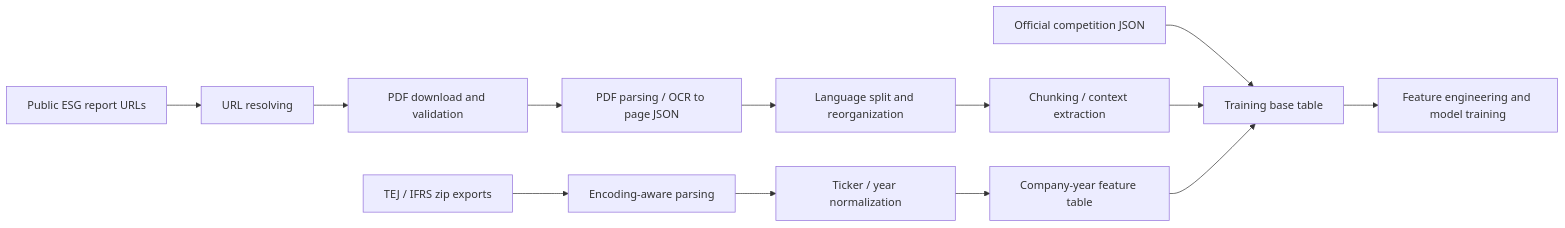
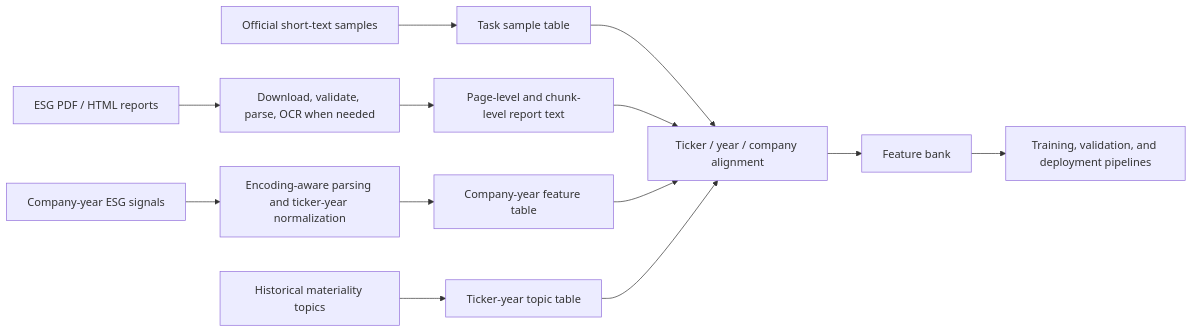
The second of 8 diagrams in README.md (Hank0503oUo/veripromise-esg-competition-architecture), drawn with Mermaid before and after one commit. The commit also changed other lines of this file, not shown here.

Commit message:
Update public architecture overview

````diff
--- a/README.md
+++ b/README.md
@@ -100,17 +142,17 @@
 ```mermaid
 flowchart LR
-    A["Official competition JSON"] --> H["Training base table"]
-    B["Public ESG report URLs"] --> C["URL resolving"]
-    C --> D["PDF download and validation"]
-    D --> E["PDF parsing / OCR to page JSON"]
-    E --> F["Language split and reorganization"]
-    F --> G["Chunking / context extraction"]
-    G --> H
+    official["Official short-text samples"] --> base["Task sample table"]
+    reports["ESG PDF / HTML reports"] --> parse["Download, validate, parse, OCR when needed"]
+    parse --> chunks["Page-level and chunk-level report text"]
+    company["Company-year ESG signals"] --> normalize["Encoding-aware parsing and ticker-year normalization"]
+    normalize --> companyTable["Company-year feature table"]
+    materiality["Historical materiality topics"] --> topicTable["Ticker-year topic table"]
 
-    I["TEJ / IFRS zip exports"] --> J["Encoding-aware parsing"]
-    J --> K["Ticker / year normalization"]
-    K --> L["Company-year feature table"]
-    L --> H
+    base --> align["Ticker / year / company alignment"]
+    chunks --> align
+    companyTable --> align
+    topicTable --> align
 
-    H --> M["Feature engineering and model training"]
+    align --> features["Feature bank"]
+    features --> training["Training, validation, and deployment pipelines"]
 ```
````
